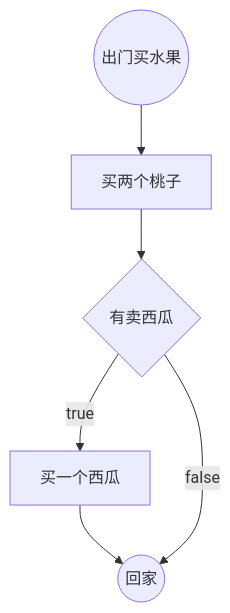
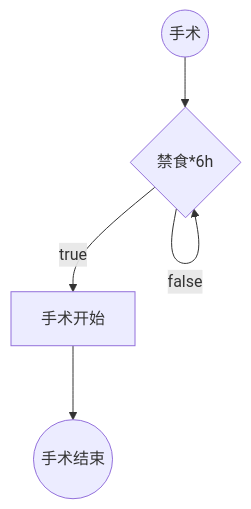
One commit to ljr0826/learning-note changed the fourth of 4 diagrams in 2.javascript/4.流程控制/1.流程图/笔记.md. Above: the diagram before and after it, drawn with Mermaid. The commit also changed other lines of this file and 21 other files, not shown here.

````diff
--- a/2.javascript/4.流程控制/1.流程图/笔记.md
+++ b/2.javascript/4.流程控制/1.流程图/笔记.md
@@ -29,6 +48,6 @@
 ```mermaid
 graph TD
-start((出门买水果))-->A[买两个桃子]-->if{有卖西瓜}
-if--true-->B[买一个西瓜]-->ed((回家))
-if--false-->ed((回家))
+start((手术))-->if{禁食*6h}
+if--true-->A[手术开始]-->ed((手术结束))
+if--false-->if{禁食*6h}
 ```
````
